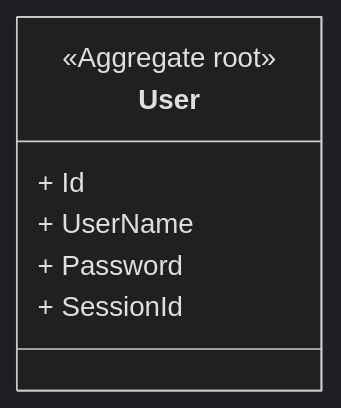
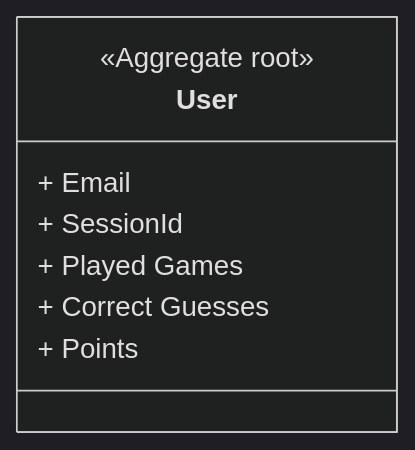
One commit to JoachimTislov/Image-guesser changed the second of 8 diagrams in src/relations.md. Above: the diagram before and after it, drawn with Mermaid (dark theme). The commit also changed other lines of this file and 23214 other files, not shown here.

````diff
--- a/src/relations.md
+++ b/src/relations.md
@@ -63,11 +65,12 @@
 ```mermaid
 classDiagram
     direction LR
     class User {
         <<Aggregate root>>
-        + Id
-        + UserName
-        + Password
+        + Email
         + SessionId
+        + Played Games
+        + Correct Guesses
+        + Points
     }
 ```
````
